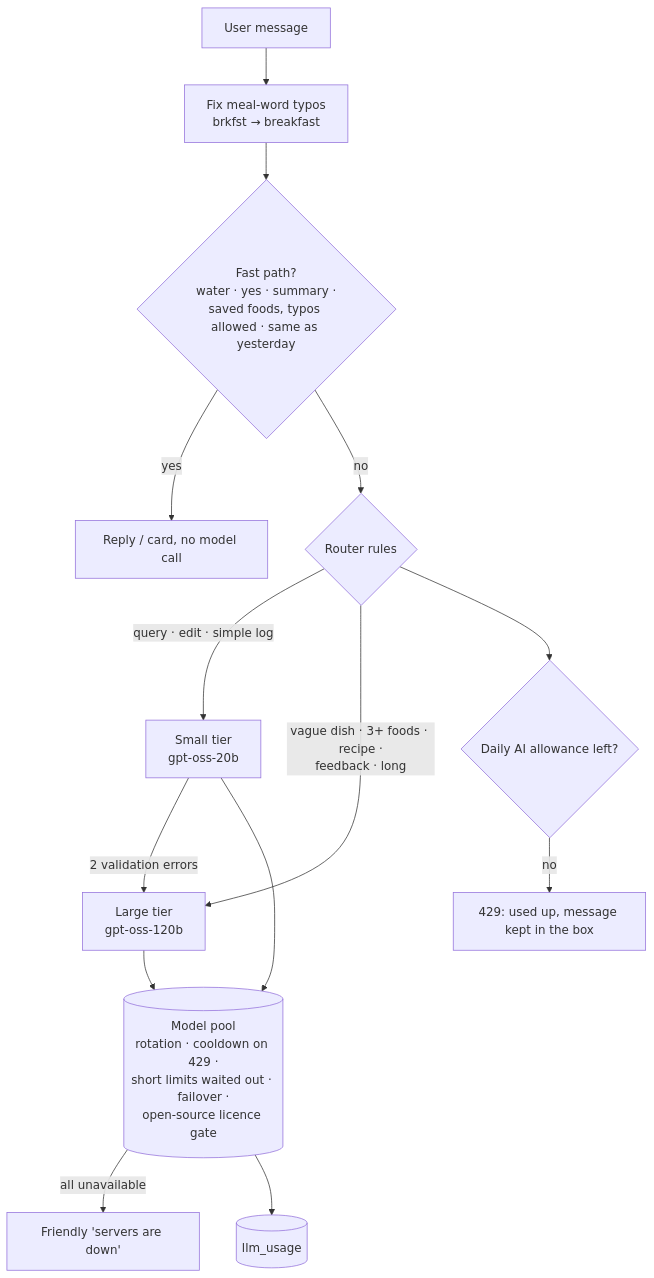
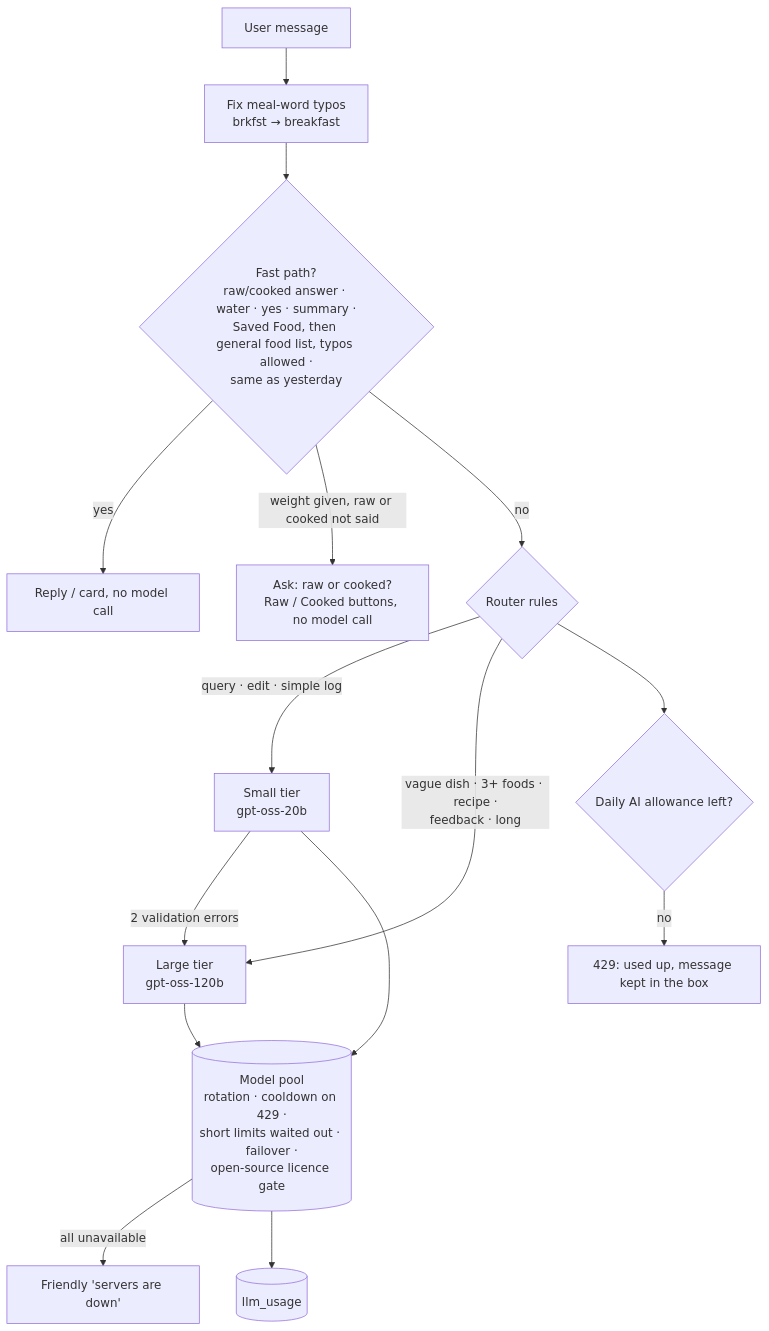
One commit to NeoAnushka21/tracker_poc changed the fifth of 9 diagrams in docs/hld.md. Above: the diagram before and after it, drawn with Mermaid. The commit also changed other lines of this file and 28 other files, not shown here.

First line of the commit message:
General food list: ~300 common foods without the AI; raw/cooked asked, never assumed

````diff
--- a/docs/hld.md
+++ b/docs/hld.md
@@ -121,14 +121,15 @@
 ```mermaid
 flowchart TD
-    M[User message] --> T[Fix meal-word typos<br/>brkfst → breakfast] --> F{Fast path?<br/>water · yes · summary ·<br/>saved foods, typos allowed · same as yesterday}
+    M[User message] --> T[Fix meal-word typos<br/>brkfst → breakfast] --> F{Fast path?<br/>raw/cooked answer · water · yes · summary ·<br/>Saved Food, then general food list, typos allowed ·<br/>same as yesterday}
     F -->|yes| C[Reply / card, no model call]
+    F -->|weight given, raw or cooked not said| Q[Ask: raw or cooked?<br/>Raw / Cooked buttons, no model call]
     F -->|no| R{Router rules}
     R -->|query · edit · simple log| S[Small tier<br/>gpt-oss-20b]
     R -->|vague dish · 3+ foods · recipe ·<br/>feedback · long| L[Large tier<br/>gpt-oss-120b]
     S -->|2 validation errors| L
     R --> AL{Daily AI allowance left?}
     AL -->|no| X[429: used up, message kept in the box]
     S & L --> P[(Model pool<br/>rotation · cooldown on 429 ·<br/>short limits waited out · failover ·<br/>open-source licence gate)]
     P -->|all unavailable| E[Friendly 'servers are down']
     P --> U[(llm_usage)]
 ```
````
